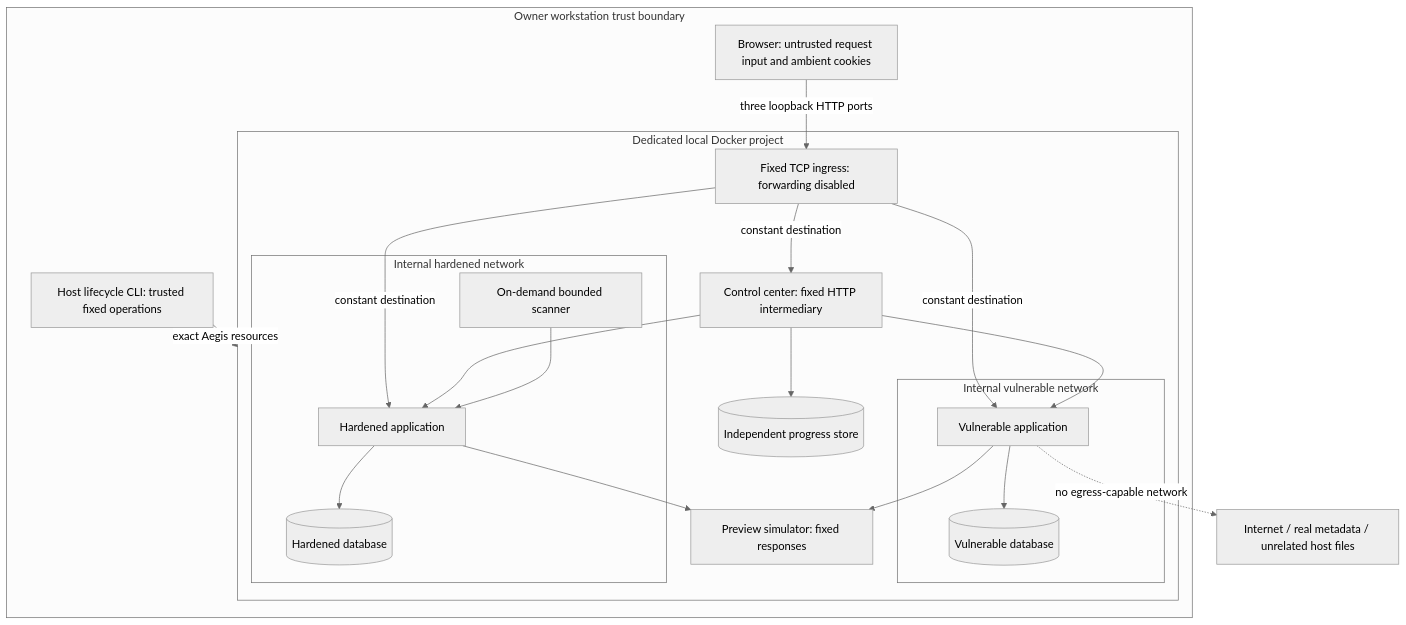
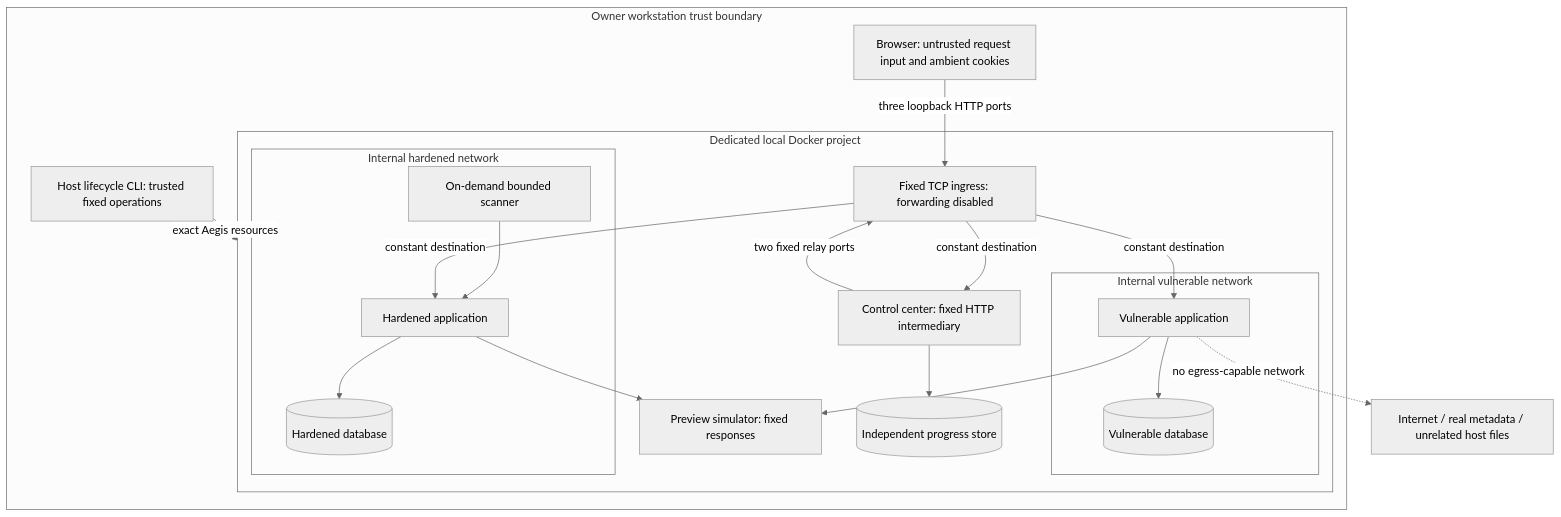
The diagram in docs/threat-model.md (gig0d/web-application-security-lab), drawn with Mermaid (neutral theme) before and after one commit. The commit also changed 11 other files, not shown here.

Commit message:
fix: route controller actions through fixed isolated ingress

````diff
--- a/docs/threat-model.md
+++ b/docs/threat-model.md
@@ -13,36 +13,35 @@
 ```mermaid
 flowchart TB
     subgraph Host[Owner workstation trust boundary]
         Browser[Browser: untrusted request input and ambient cookies]
         CLI[Host lifecycle CLI: trusted fixed operations]
         subgraph Docker[Dedicated local Docker project]
             subgraph VNet[Internal vulnerable network]
                 V[Vulnerable application]
                 VD[(Vulnerable database)]
                 V --> VD
             end
             subgraph HNet[Internal hardened network]
                 H[Hardened application]
                 HD[(Hardened database)]
                 H --> HD
                 Z[On-demand bounded scanner] --> H
             end
             Controller[Control center: fixed HTTP intermediary]
             Ingress[Fixed TCP ingress: forwarding disabled]
             Simulator[Preview simulator: fixed responses]
             Notes[(Independent progress store)]
-            Controller --> V
-            Controller --> H
+            Controller -->|two fixed relay ports| Ingress
             Controller --> Notes
             V --> Simulator
             H --> Simulator
         end
         Browser -->|three loopback HTTP ports| Ingress
         Ingress -->|constant destination| V
         Ingress -->|constant destination| H
         Ingress -->|constant destination| Controller
         CLI -->|exact Aegis resources| Docker
     end
     External[Internet / real metadata / unrelated host files]
     V -. no egress-capable network .-> External
 ```
````
